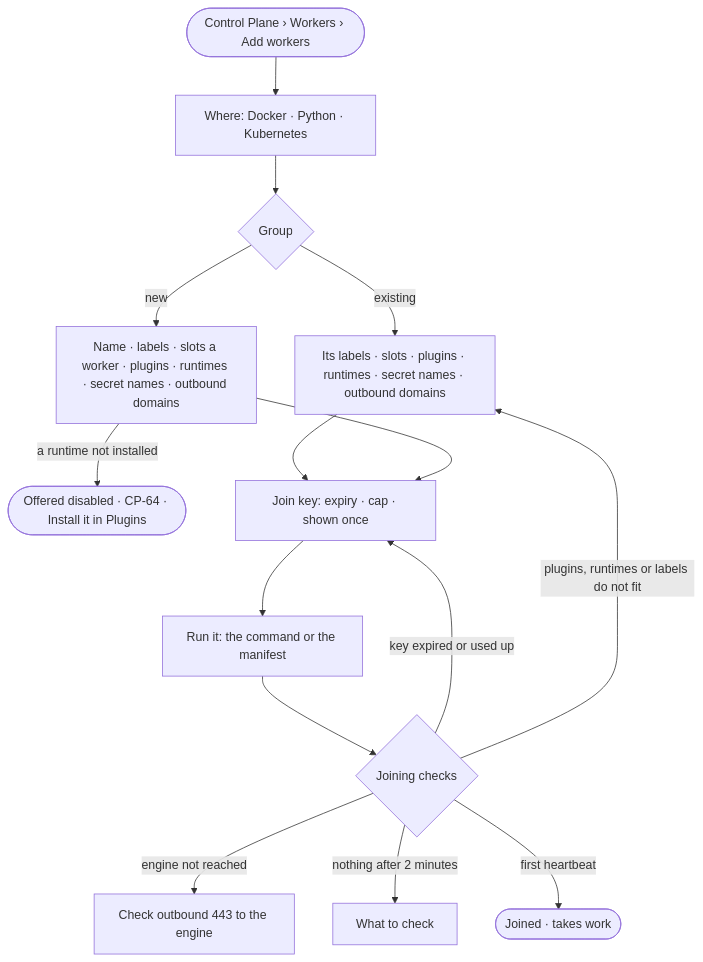
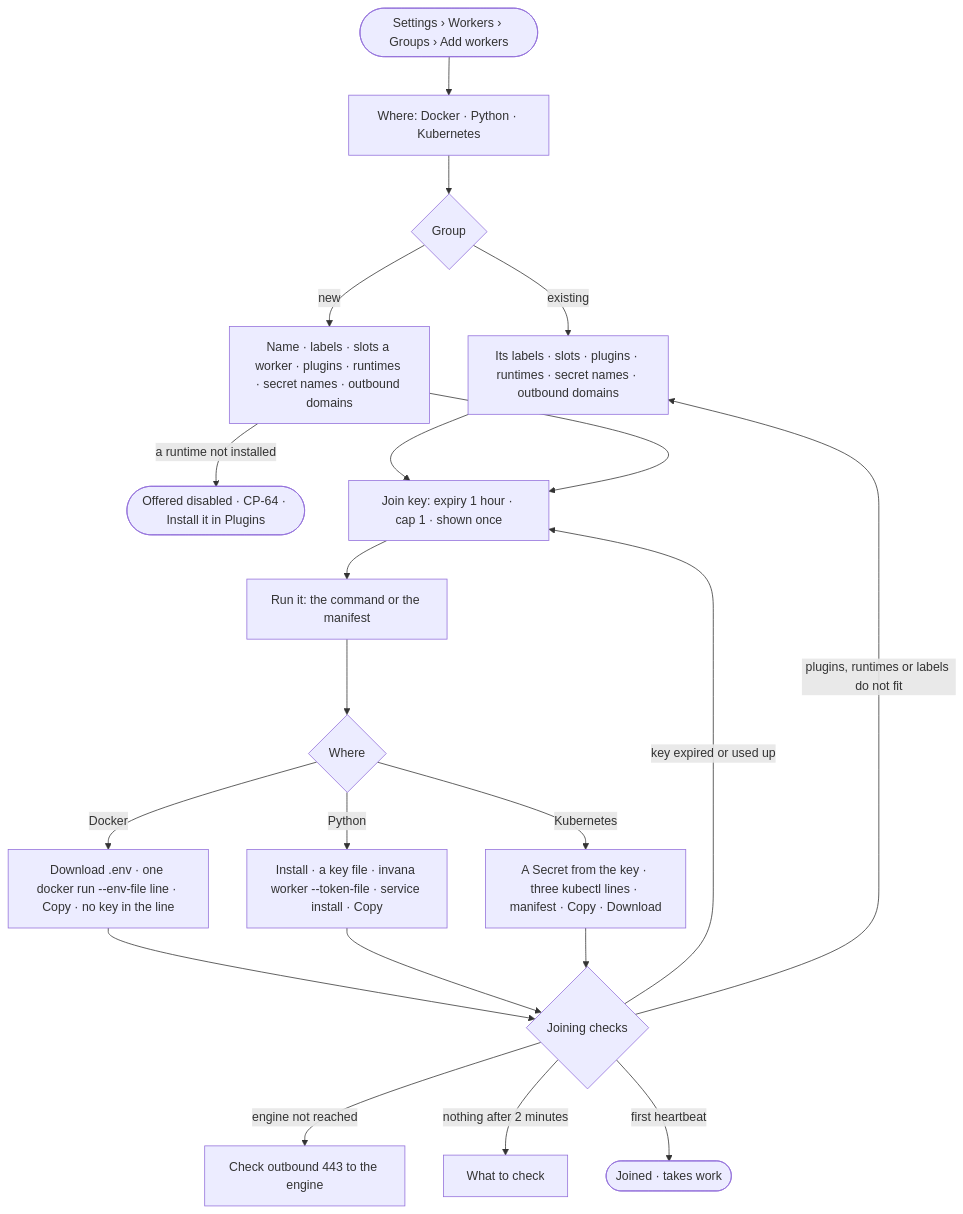
The diagram in specs/os/control/features/CP-F03-workers-and-the-queue/stories/CP-10-add-workers-on-my-own-machines-with-one-command/story.md (invana/invana), drawn with Mermaid before and after one commit. The commit also changed other lines of this file and 456 other files, not shown here.

````diff
--- a/specs/os/control/features/CP-F03-workers-and-the-queue/stories/CP-10-add-workers-on-my-own-machines-with-one-command/story.md
+++ b/specs/os/control/features/CP-F03-workers-and-the-queue/stories/CP-10-add-workers-on-my-own-machines-with-one-command/story.md
@@ -26,17 +27,23 @@
 ```mermaid
 flowchart TD
-  s([Control Plane › Workers › Add workers]) --> wh["Where: Docker · Python · Kubernetes"]
+  s([Settings › Workers › Groups › Add workers]) --> wh["Where: Docker · Python · Kubernetes"]
   wh --> g{"Group"}
   g -->|existing| ge["Its labels · slots · plugins · runtimes · secret names · outbound domains"]
   g -->|new| gn["Name · labels · slots a worker · plugins · runtimes · secret names · outbound domains"]
   gn -->|a runtime not installed| ri(["Offered disabled · CP-64 · Install it in Plugins"])
-  ge --> k["Join key: expiry · cap · shown once"]
+  ge --> k["Join key: expiry 1 hour · cap 1 · shown once"]
   gn --> k
   k --> run["Run it: the command or the manifest"]
-  run --> chk{"Joining checks"}
+  run --> rr{"Where"}
+  rr -->|Docker| rd["Download .env · one docker run --env-file line · Copy · no key in the line"]
+  rr -->|Python| rp["Install · a key file · invana worker --token-file · service install · Copy"]
+  rr -->|Kubernetes| rk["A Secret from the key · three kubectl lines · manifest · Copy · Download"]
+  rd --> chk
+  rp --> chk
+  rk --> chk{"Joining checks"}
   chk -->|key expired or used up| k
   chk -->|engine not reached| net["Check outbound 443 to the engine"]
   chk -->|plugins, runtimes or labels do not fit| ge
   chk -->|nothing after 2 minutes| cl["What to check"]
   chk -->|first heartbeat| j(["Joined · takes work"])
 ```
````
